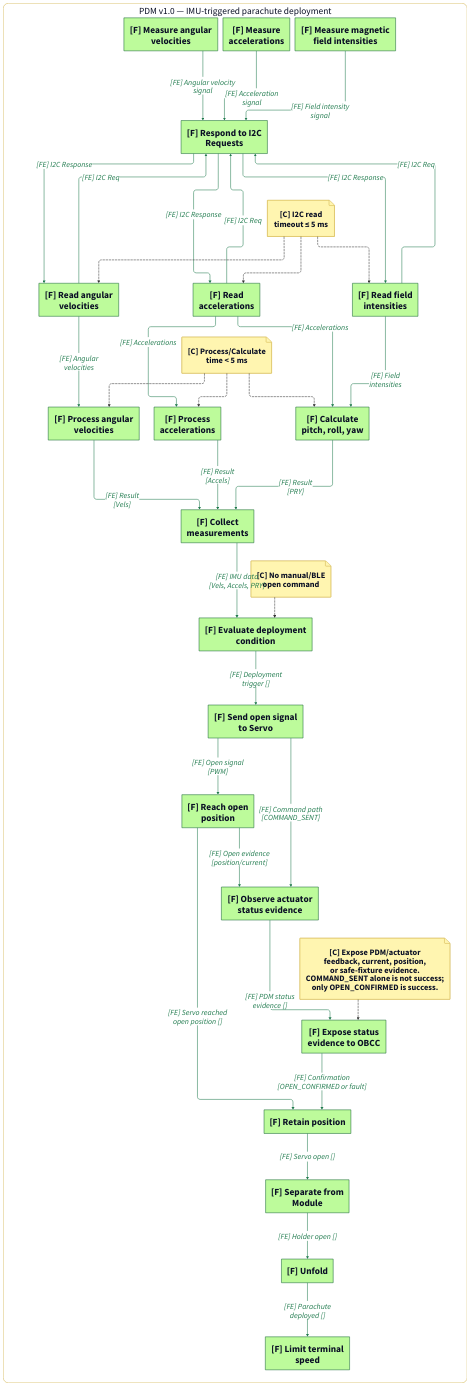
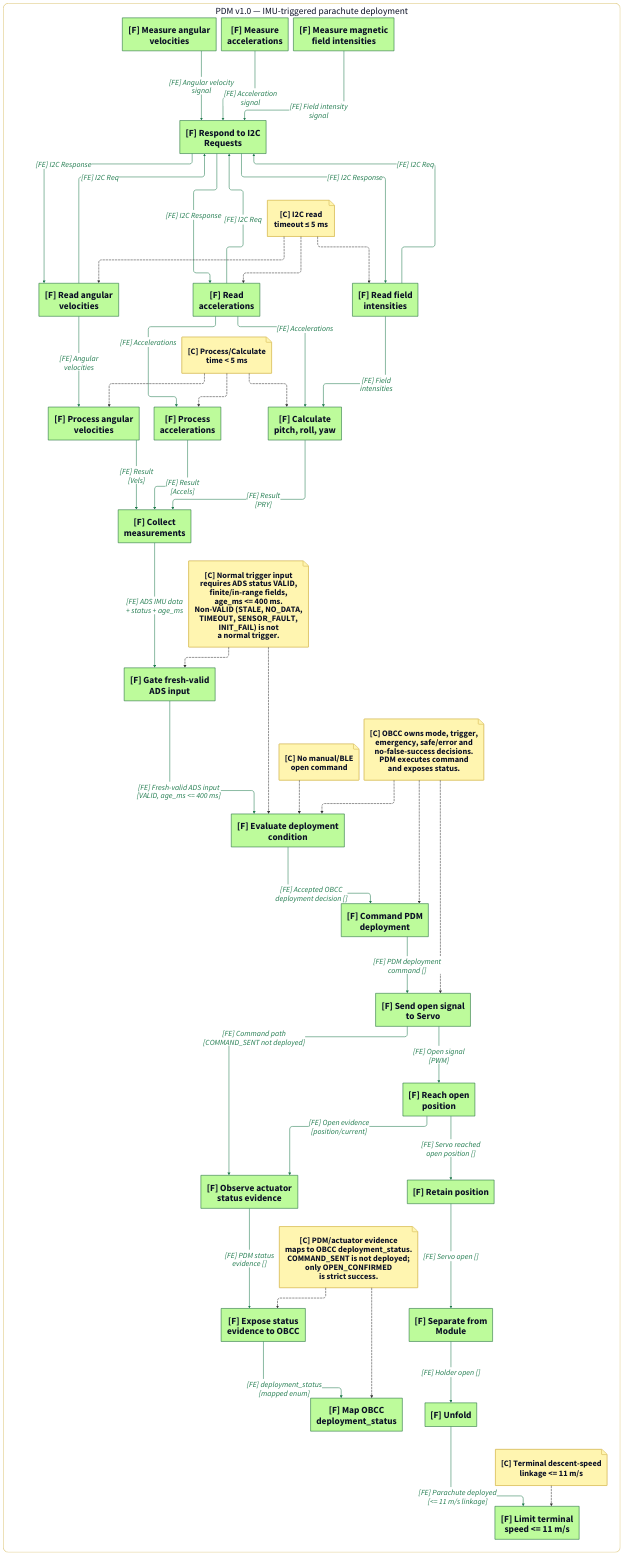
One commit to DeltaLabo/CanSatWorkshop changed the diagram in PDM/MBSE/v1.0/PDM_v1.0_view4_imu_triggered_deployment_chain.d2. Above: the diagram before and after it, drawn with D2. The commit also changed 83 other files, not shown here.

Commit message:
Refresh PDM source views with deployment status criteria

```diff
--- a/PDM/MBSE/v1.0/PDM_v1.0_view4_imu_triggered_deployment_chain.d2
+++ b/PDM/MBSE/v1.0/PDM_v1.0_view4_imu_triggered_deployment_chain.d2
@@ -1,122 +1,137 @@
 vars: {
   d2-config: {
     layout-engine: elk
   }
 }
 
 # Functional chain: PDM v1.0 IMU-triggered parachute deployment.
 # ADS v1.0 IMU acquisition and processing feeds the PDM deployment decision;
 # no manual/BLE open command participates in this deployment chain.
 direction: down
 
 classes: {
   func: {
     shape: rectangle
     style: { fill: "#BDFB9B"; stroke: "#166534"; stroke-width: 2; font-size: 36 }
   }
   lc: {
     style: {
       fill: "#A9C7E6"; stroke: "#5B65C9"; stroke-width: 2
       border-radius: 20; font-size: 40
     }
   }
   pc: {
     style: { fill: "#FFF8BF"; stroke: "#D1B24A"; stroke-width: 2; font-size: 40 }
   }
   sys: {
     style: { fill: "#E6E6E6"; stroke: "#9A9A9A"; stroke-width: 2; font-size: 48 }
   }
   ea: {
     shape: rectangle
     style: {
       fill: "#BFEAF4"; stroke: "#5B65C9"; stroke-width: 2
       border-radius: 20; font-size: 40
     }
   }
   note: { style: { fill: "#FFF5B0"; stroke: "#D1B24A"; font-size: 32 } }
   chain: {
     style: {
       fill: "#FFFFFF"; stroke: "#D1B24A"; stroke-width: 2
       border-radius: 20; font-size: 36
     }
   }
   fe:   { style: { stroke: "#1F7A4D"; font-color: "#1F7A4D"; stroke-width: 2; font-size: 30 } }
   ce:   { style: { stroke: "#5B65C9"; font-color: "#5B65C9"; stroke-width: 2; font-size: 30 } }
   pl:   { style: { stroke: "#E11D28"; font-color: "#E11D28"; stroke-width: 2; font-size: 30 } }
   cstr: { style: { stroke: "#333333"; stroke-dash: 3; font-size: 26 } }
 }
 
 chain: "PDM v1.0 — IMU-triggered parachute deployment" {
   class: chain
   direction: down
 
   note_no_manual_trigger: "[C] No manual/BLE\nopen command" { class: note; shape: page }
+  note_fresh_valid_ads: "[C] Normal trigger input\nrequires ADS status VALID,\nfinite/in-range fields,\nage_ms <= 400 ms.\nNon-VALID (STALE, NO_DATA,\nTIMEOUT, SENSOR_FAULT,\nINIT_FAIL) is not\na normal trigger." { class: note; shape: page }
+  note_obcc_policy_boundary: "[C] OBCC owns mode, trigger,\nemergency, safe/error and\nno-false-success decisions.\nPDM executes command\nand exposes status." { class: note; shape: page }
   note_i2c_timeout: "[C] I2C read\ntimeout ≤ 5 ms" { class: note; shape: page }
   note_process_time: "[C] Process/Calculate\ntime < 5 ms" { class: note; shape: page }
-  note_status_evidence: "[C] Expose PDM/actuator\nfeedback, current, position,\nor safe-fixture evidence.\nCOMMAND_SENT alone is not success;\nonly OPEN_CONFIRMED is success." { class: note; shape: page }
+  note_status_evidence: "[C] PDM/actuator evidence\nmaps to OBCC deployment_status.\nCOMMAND_SENT is not deployed;\nonly OPEN_CONFIRMED\nis strict success." { class: note; shape: page }
+  note_terminal_speed_11ms: "[C] Terminal descent-speed\nlinkage <= 11 m/s" { class: note; shape: page }
 
   measure_angular_velocities: "[F] Measure angular\nvelocities" { class: func }
   measure_accelerations: "[F] Measure\naccelerations" { class: func }
   measure_magnetic_field_intensities: "[F] Measure magnetic\nfield intensities" { class: func }
   respond_i2c_requests: "[F] Respond to I2C\nRequests" { class: func }
 
   read_angular_velocities: "[F] Read angular\nvelocities" { class: func }
   read_accelerations: "[F] Read\naccelerations" { class: func }
   read_field_intensities: "[F] Read field\nintensities" { class: func }
 
   process_angular_velocities: "[F] Process angular\nvelocities" { class: func }
   process_accelerations: "[F] Process\naccelerations" { class: func }
   calculate_pitch_roll_yaw: "[F] Calculate\npitch, roll, yaw" { class: func }
 
   collect_measurements: "[F] Collect\nmeasurements" { class: func }
+  gate_fresh_valid_ads_input: "[F] Gate fresh-valid\nADS input" { class: func }
   evaluate_deployment_condition: "[F] Evaluate deployment\ncondition" { class: func }
+  command_pdm_deployment: "[F] Command PDM\ndeployment" { class: func }
   send_open_signal_to_servo: "[F] Send open signal\nto Servo" { class: func }
   observe_actuator_status: "[F] Observe actuator\nstatus evidence" { class: func }
   expose_status_to_obcc: "[F] Expose status\nevidence to OBCC" { class: func }
+  map_deployment_status: "[F] Map OBCC\ndeployment_status" { class: func }
   reach_open_position: "[F] Reach open\nposition" { class: func }
   retain_position: "[F] Retain position" { class: func }
   separate_from_module: "[F] Separate from\nModule" { class: func }
   unfold: "[F] Unfold" { class: func }
-  limit_terminal_speed: "[F] Limit terminal\nspeed" { class: func }
+  limit_terminal_speed: "[F] Limit terminal\nspeed <= 11 m/s" { class: func }
 }
 
 chain.measure_angular_velocities -> chain.respond_i2c_requests: "[FE] Angular velocity\nsignal" { class: fe }
 chain.measure_accelerations -> chain.respond_i2c_requests: "[FE] Acceleration\nsignal" { class: fe }
 chain.measure_magnetic_field_intensities -> chain.respond_i2c_requests: "[FE] Field intensity\nsignal" { class: fe }
 
 chain.read_angular_velocities -> chain.respond_i2c_requests: "[FE] I2C Req" { class: fe }
 chain.read_accelerations -> chain.respond_i2c_requests: "[FE] I2C Req" { class: fe }
 chain.read_field_intensities -> chain.respond_i2c_requests: "[FE] I2C Req" { class: fe }
 chain.respond_i2c_requests -> chain.read_angular_velocities: "[FE] I2C Response" { class: fe }
 chain.respond_i2c_requests -> chain.read_accelerations: "[FE] I2C Response" { class: fe }
 chain.respond_i2c_requests -> chain.read_field_intensities: "[FE] I2C Response" { class: fe }
 
 chain.read_angular_velocities -> chain.process_angular_velocities: "[FE] Angular\nvelocities" { class: fe }
 chain.read_accelerations -> chain.process_accelerations: "[FE] Accelerations" { class: fe }
 chain.read_accelerations -> chain.calculate_pitch_roll_yaw: "[FE] Accelerations" { class: fe }
 chain.read_field_intensities -> chain.calculate_pitch_roll_yaw: "[FE] Field\nintensities" { class: fe }
 
 chain.process_angular_velocities -> chain.collect_measurements: "[FE] Result\n[Vels]" { class: fe }
 chain.process_accelerations -> chain.collect_measurements: "[FE] Result\n[Accels]" { class: fe }
 chain.calculate_pitch_roll_yaw -> chain.collect_measurements: "[FE] Result\n[PRY]" { class: fe }
 
-chain.collect_measurements -> chain.evaluate_deployment_condition: "[FE] IMU data\n[Vels, Accels, PRY]" { class: fe }
-chain.evaluate_deployment_condition -> chain.send_open_signal_to_servo: "[FE] Deployment\ntrigger []" { class: fe }
+chain.collect_measurements -> chain.gate_fresh_valid_ads_input: "[FE] ADS IMU data\n+ status + age_ms" { class: fe }
+chain.gate_fresh_valid_ads_input -> chain.evaluate_deployment_condition: "[FE] Fresh-valid ADS input\n[VALID, age_ms <= 400 ms]" { class: fe }
+chain.evaluate_deployment_condition -> chain.command_pdm_deployment: "[FE] Accepted OBCC\ndeployment decision []" { class: fe }
+chain.command_pdm_deployment -> chain.send_open_signal_to_servo: "[FE] PDM deployment\ncommand []" { class: fe }
 chain.send_open_signal_to_servo -> chain.reach_open_position: "[FE] Open signal\n[PWM]" { class: fe }
-chain.send_open_signal_to_servo -> chain.observe_actuator_status: "[FE] Command path\n[COMMAND_SENT]" { class: fe }
+chain.send_open_signal_to_servo -> chain.observe_actuator_status: "[FE] Command path\n[COMMAND_SENT not deployed]" { class: fe }
 chain.reach_open_position -> chain.observe_actuator_status: "[FE] Open evidence\n[position/current]" { class: fe }
 chain.observe_actuator_status -> chain.expose_status_to_obcc: "[FE] PDM status\nevidence []" { class: fe }
-chain.expose_status_to_obcc -> chain.retain_position: "[FE] Confirmation\n[OPEN_CONFIRMED or fault]" { class: fe }
+chain.expose_status_to_obcc -> chain.map_deployment_status: "[FE] deployment_status\n[mapped enum]" { class: fe }
 chain.reach_open_position -> chain.retain_position: "[FE] Servo reached\nopen position []" { class: fe }
 chain.retain_position -> chain.separate_from_module: "[FE] Servo open []" { class: fe }
 chain.separate_from_module -> chain.unfold: "[FE] Holder open []" { class: fe }
-chain.unfold -> chain.limit_terminal_speed: "[FE] Parachute\ndeployed []" { class: fe }
+chain.unfold -> chain.limit_terminal_speed: "[FE] Parachute deployed\n[<= 11 m/s linkage]" { class: fe }
 
 chain.note_no_manual_trigger -> chain.evaluate_deployment_condition { class: cstr }
+chain.note_fresh_valid_ads -> chain.gate_fresh_valid_ads_input { class: cstr }
+chain.note_fresh_valid_ads -> chain.evaluate_deployment_condition { class: cstr }
+chain.note_obcc_policy_boundary -> chain.evaluate_deployment_condition { class: cstr }
+chain.note_obcc_policy_boundary -> chain.command_pdm_deployment { class: cstr }
+chain.note_obcc_policy_boundary -> chain.send_open_signal_to_servo { class: cstr }
 chain.note_i2c_timeout -> chain.read_angular_velocities { class: cstr }
 chain.note_i2c_timeout -> chain.read_accelerations { class: cstr }
 chain.note_i2c_timeout -> chain.read_field_intensities { class: cstr }
 chain.note_process_time -> chain.process_angular_velocities { class: cstr }
 chain.note_process_time -> chain.process_accelerations { class: cstr }
 chain.note_process_time -> chain.calculate_pitch_roll_yaw { class: cstr }
 chain.note_status_evidence -> chain.expose_status_to_obcc { class: cstr }
+chain.note_status_evidence -> chain.map_deployment_status { class: cstr }
+chain.note_terminal_speed_11ms -> chain.limit_terminal_speed { class: cstr }
```
